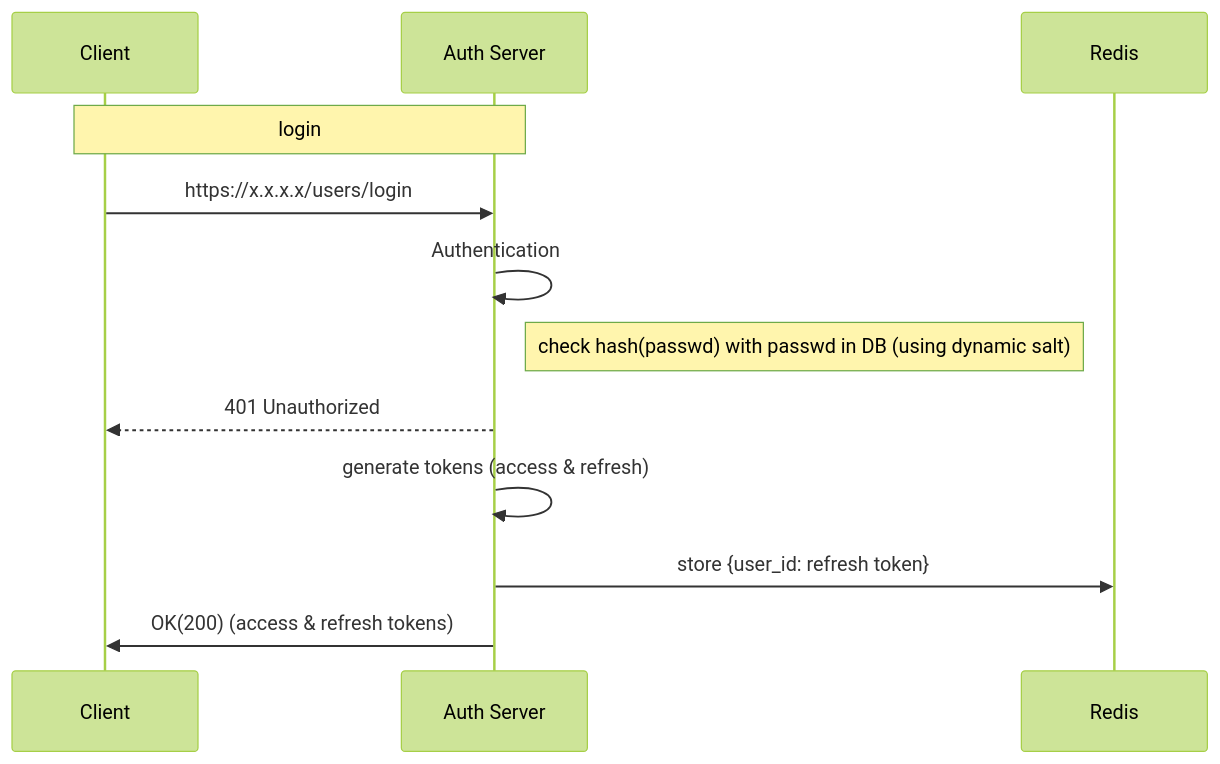
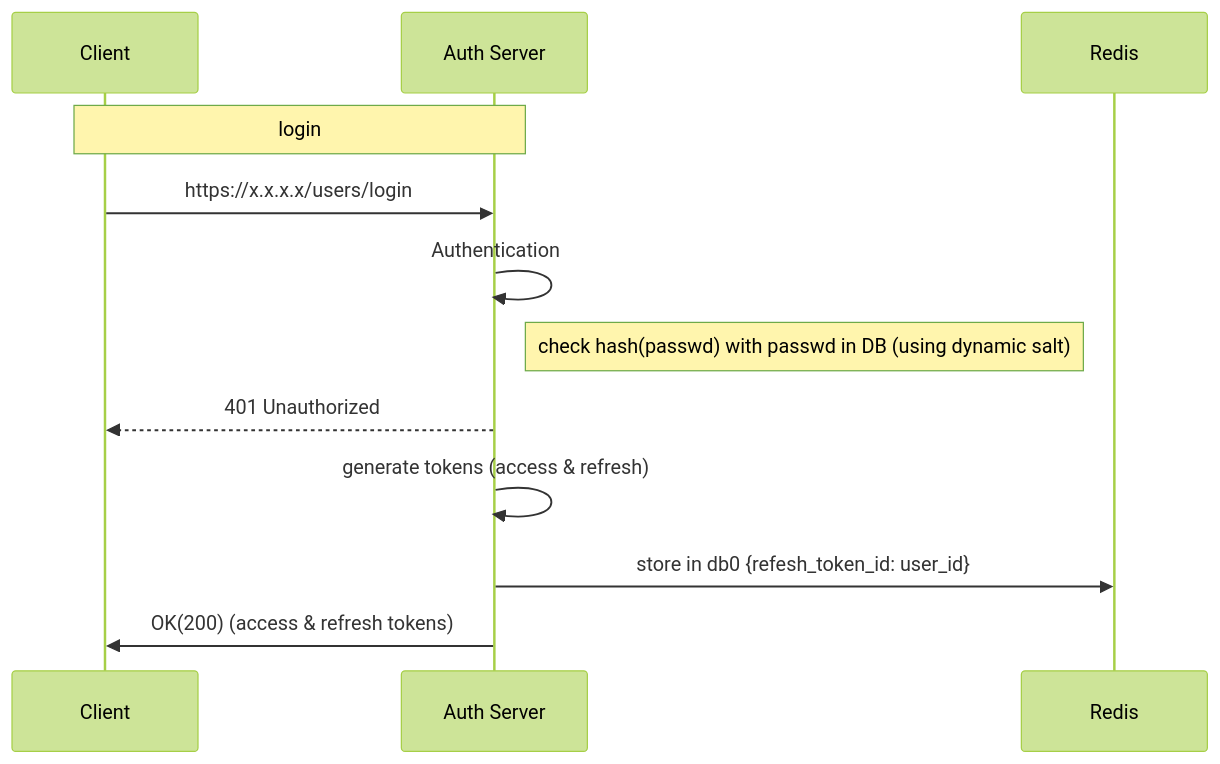
The diagram in Docs/1_users/2_login.md (veselij/Auth_sprint_6_team_5), drawn with Mermaid (forest theme) before and after one commit. The commit also changed 6 other files, not shown here.

````diff
--- a/Docs/1_users/2_login.md
+++ b/Docs/1_users/2_login.md
@@ -1,15 +1,15 @@
 ```mermaid
 sequenceDiagram
     participant C as Client  
     participant S as Auth Server
     participant R as Redis
 
 	Note over C, S: login
 	C->>S: https://x.x.x.x/users/login
 	S->>S: Authentication
 	Note right of S: check hash(passwd) with passwd in DB (using dynamic salt)
 	S-->>C: 401 Unauthorized
 	S->>S: generate tokens (access & refresh)
-	S->>R: store {user_id: refresh token}
+	S->>R: store in db0 {refesh_token_id: user_id}
 	S->>C: OK(200) (access & refresh tokens)
 ```
````
